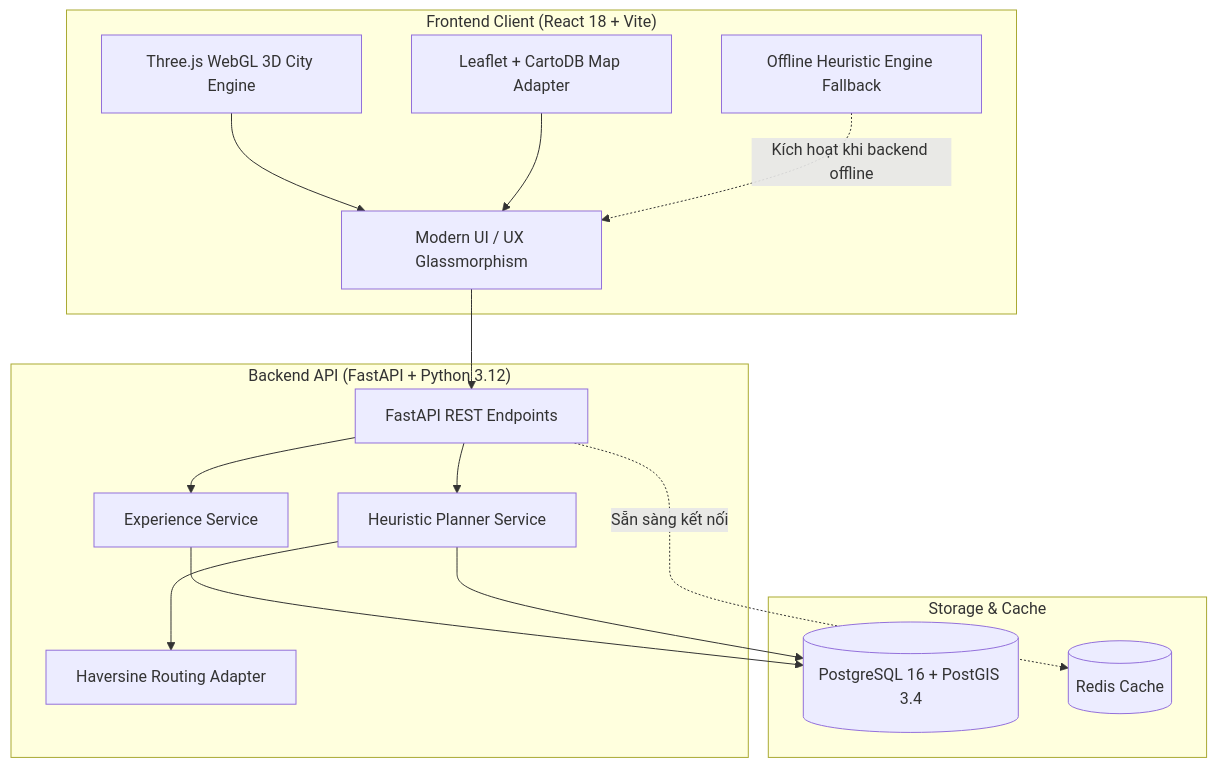
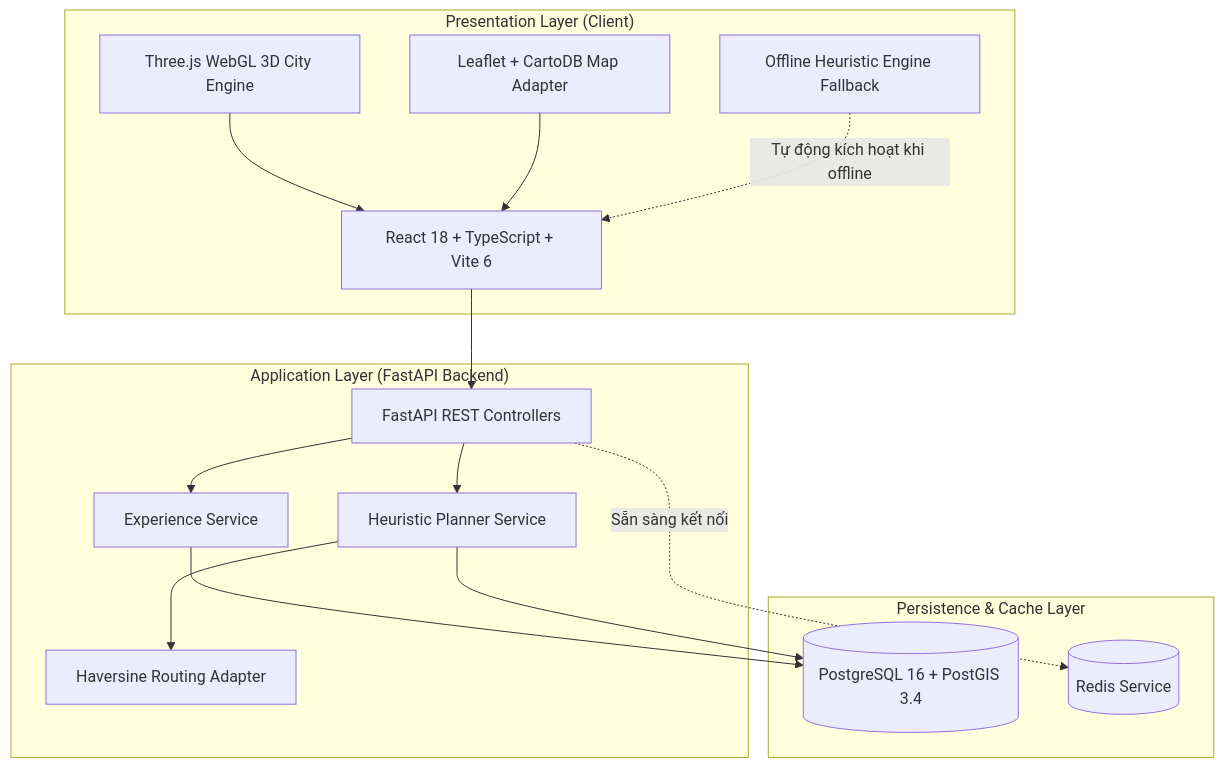
The second of 2 diagrams in README.md (NguyenTriBaoThang/LoaclExplorerAI), drawn with Mermaid before and after one commit. The commit also changed other lines of this file and 29 other files, not shown here.

Commit message:
feat(assets): integrate brand identity graphics, system diagrams, and rich README

````diff
--- a/README.md
+++ b/README.md
@@ -66,32 +311,32 @@
 ```mermaid
 flowchart TB
-    subgraph Frontend["Frontend Client (React 18 + Vite)"]
-        UI["Modern UI / UX Glassmorphism"]
-        Three["Three.js WebGL 3D City Engine"]
-        Map["Leaflet + CartoDB Map Adapter"]
-        Mock["Offline Heuristic Engine Fallback"]
+    subgraph Client["Presentation Layer (Client)"]
+        React["React 18 + TypeScript + Vite 6"]
+        ThreeCanvas["Three.js WebGL 3D City Engine"]
+        MapAdapter["Leaflet + CartoDB Map Adapter"]
+        MockEngine["Offline Heuristic Engine Fallback"]
     end
 
-    subgraph Backend["Backend API (FastAPI + Python 3.12)"]
-        API["FastAPI REST Endpoints"]
-        ES["Experience Service"]
-        PS["Heuristic Planner Service"]
-        RA["Haversine Routing Adapter"]
+    subgraph Gateway["Application Layer (FastAPI Backend)"]
+        API["FastAPI REST Controllers"]
+        ExpService["Experience Service"]
+        PlannerService["Heuristic Planner Service"]
+        RoutingAdapter["Haversine Routing Adapter"]
     end
 
-    subgraph Storage["Storage & Cache"]
+    subgraph Storage["Persistence & Cache Layer"]
         DB[("PostgreSQL 16 + PostGIS 3.4")]
-        REDIS[("Redis Cache")]
+        RedisCache[("Redis Service")]
     end
 
-    UI --> API
-    Three --> UI
-    Map --> UI
-    Mock -. Kích hoạt khi backend offline .-> UI
-    API --> ES
-    API --> PS
-    ES --> DB
-    PS --> RA
-    PS --> DB
-    API -. Sẵn sàng kết nối .-> REDIS
+    React --> API
+    ThreeCanvas --> React
+    MapAdapter --> React
+    MockEngine -. Tự động kích hoạt khi offline .-> React
+    API --> ExpService
+    API --> PlannerService
+    ExpService --> DB
+    PlannerService --> RoutingAdapter
+    PlannerService --> DB
+    API -. Sẵn sàng kết nối .-> RedisCache
 ```
````
